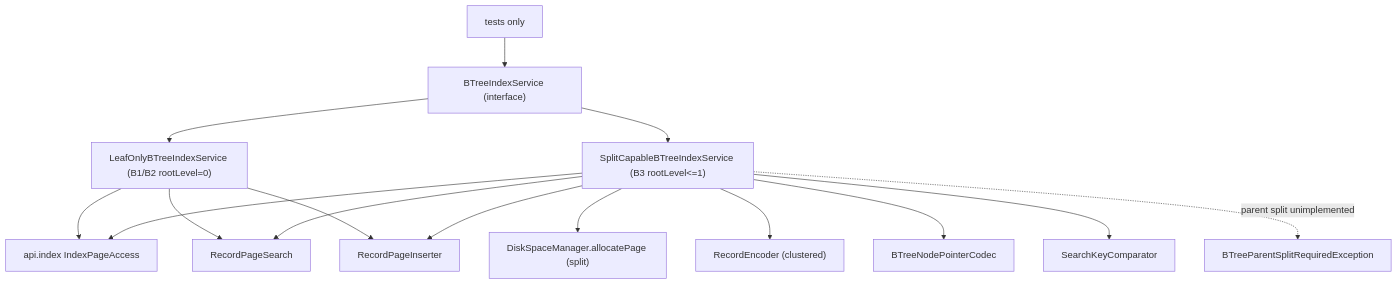
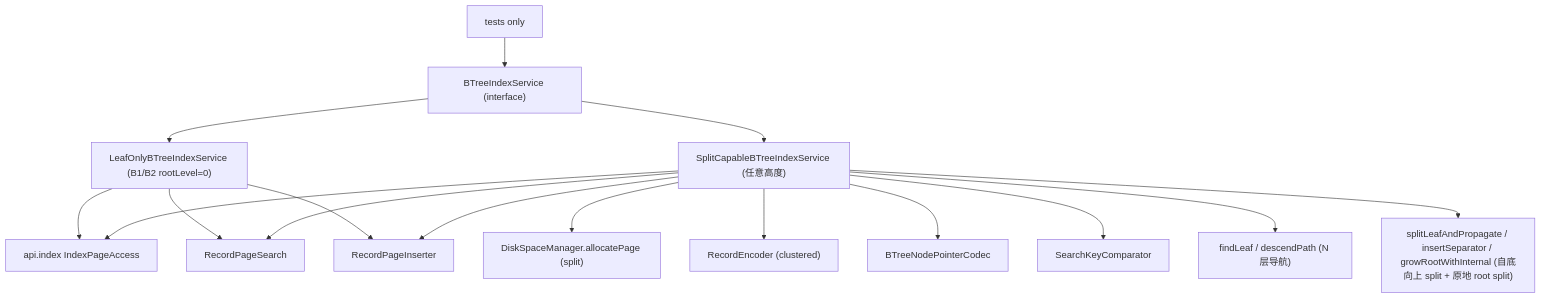
Before and after one commit to mywnlb/dbtest: the fourth of 9 diagrams in docs/design/current-implementation-map.md, drawn with Mermaid. The commit also changed other lines of this file and 4 other files, not shown here.

First line of the commit message:
chore(btree): 删 BTreeParentSplitRequired + current map/backlog 0.11 ✅

````diff
--- a/docs/design/current-implementation-map.md
+++ b/docs/design/current-implementation-map.md
@@ -181,18 +181,19 @@
 ```mermaid
 flowchart TD
   Facade["BTreeIndexService (interface)"]
   Facade --> Leaf["LeafOnlyBTreeIndexService (B1/B2 rootLevel=0)"]
-  Facade --> Split["SplitCapableBTreeIndexService (B3 rootLevel<=1)"]
+  Facade --> Split["SplitCapableBTreeIndexService (任意高度)"]
   Leaf --> PageAccess["api.index IndexPageAccess"]
   Split --> PageAccess
   Split --> Disk["DiskSpaceManager.allocatePage (split)"]
   Split --> RecordEncoder["RecordEncoder (clustered)"]
   Split --> PtrCodec["BTreeNodePointerCodec"]
   Split --> KeyCmp["SearchKeyComparator"]
   Leaf --> RSearch["RecordPageSearch"]
   Split --> RSearch
   Leaf --> RInserter["RecordPageInserter"]
   Split --> RInserter
-  Split -. "parent split unimplemented" .-> ParentExc["BTreeParentSplitRequiredException"]
+  Split --> Descend["findLeaf / descendPath (N 层导航)"]
+  Split --> SplitEngine["splitLeafAndPropagate / insertSeparator / growRootWithInternal (自底向上 split + 原地 root split)"]
   Tests["tests only"] --> Facade
 ```
````
